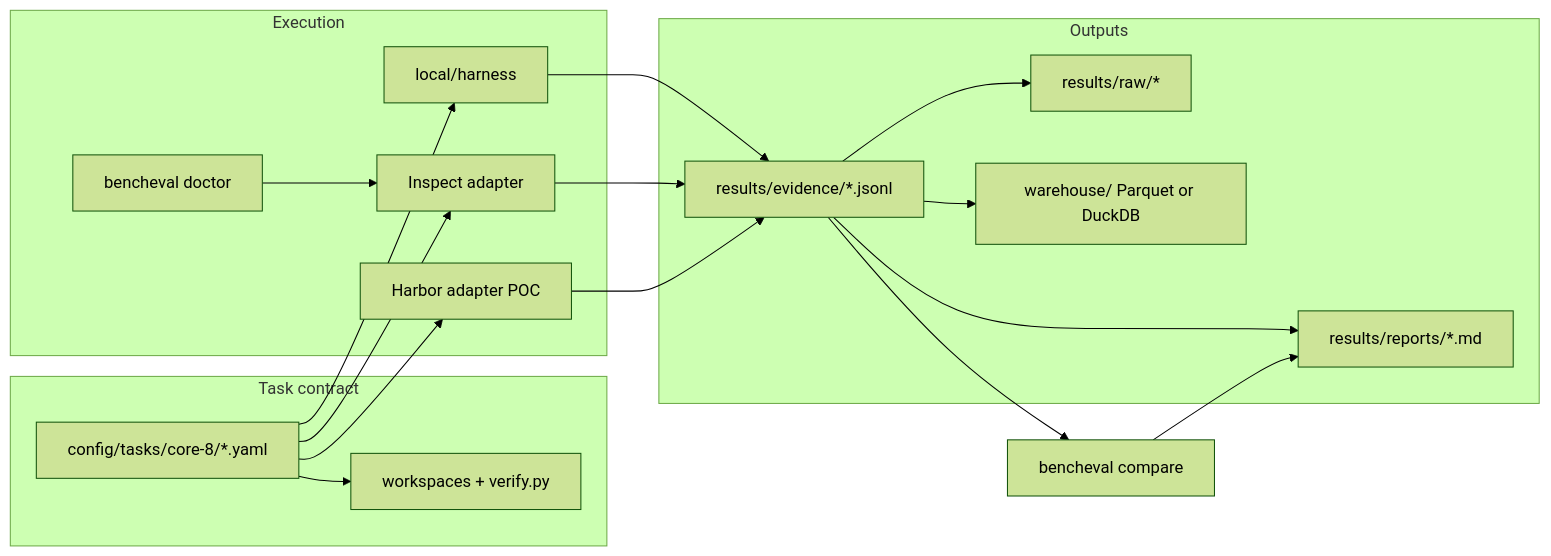
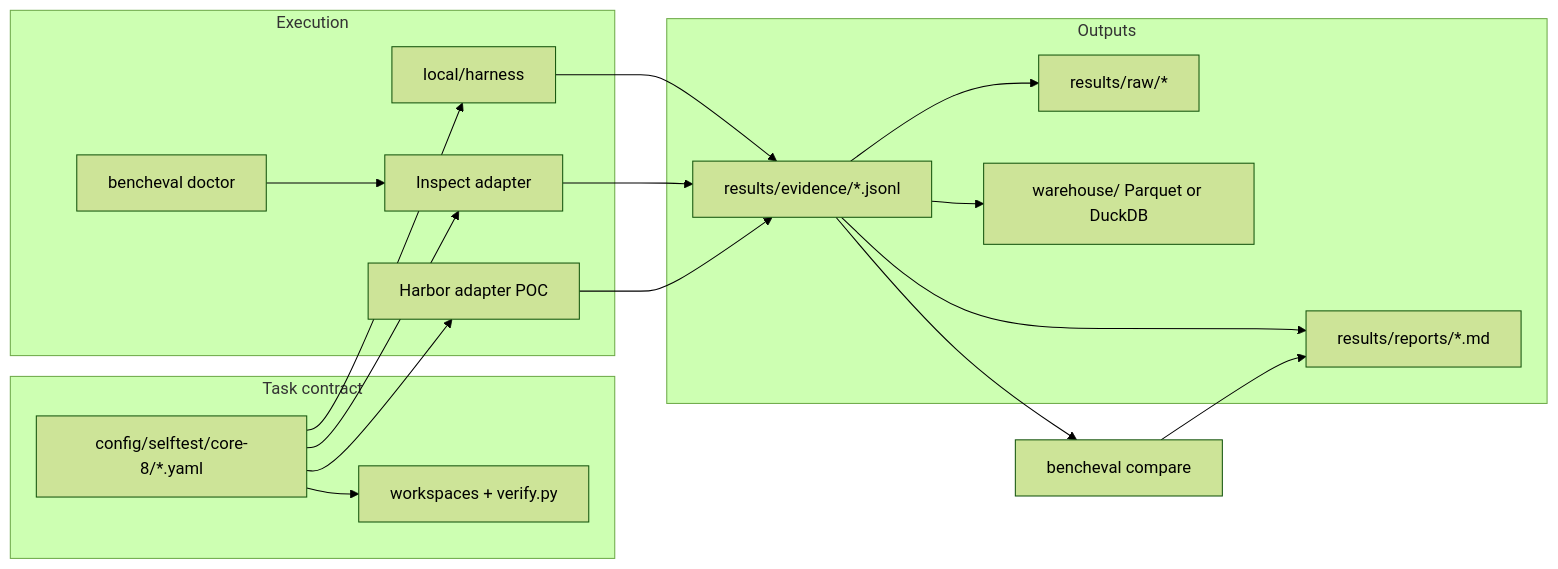
One commit to Lyther/BenchEval changed the second of 2 diagrams in docs/diagrams/system-overview.md. Above: the diagram before and after it, drawn with Mermaid (forest theme). The commit also changed other lines of this file and 302 other files, not shown here.

````diff
--- a/docs/diagrams/system-overview.md
+++ b/docs/diagrams/system-overview.md
@@ -40,35 +40,35 @@
 ```mermaid
 flowchart LR
     subgraph Tasks["Task contract"]
-        TC[config/tasks/core-8/*.yaml]
+        TC[config/selftest/core-8/*.yaml]
         WS[workspaces + verify.py]
     end
 
     subgraph Run["Execution"]
         LH[local/harness]
         INS[Inspect adapter]
         HAR[Harbor adapter POC]
         DOC[bencheval doctor]
     end
 
     subgraph Out["Outputs"]
         EV[results/evidence/*.jsonl]
         RAW[results/raw/*]
         WH[warehouse/ Parquet or DuckDB]
         RPT2[results/reports/*.md]
     end
 
     TC --> WS
     DOC --> INS
     TC --> LH
     TC --> INS
     TC --> HAR
     LH --> EV
     INS --> EV
     HAR --> EV
     EV --> RAW
     EV --> WH
     EV --> RPT2
     EV --> CMP2[bencheval compare]
     CMP2 --> RPT2
 ```
````
